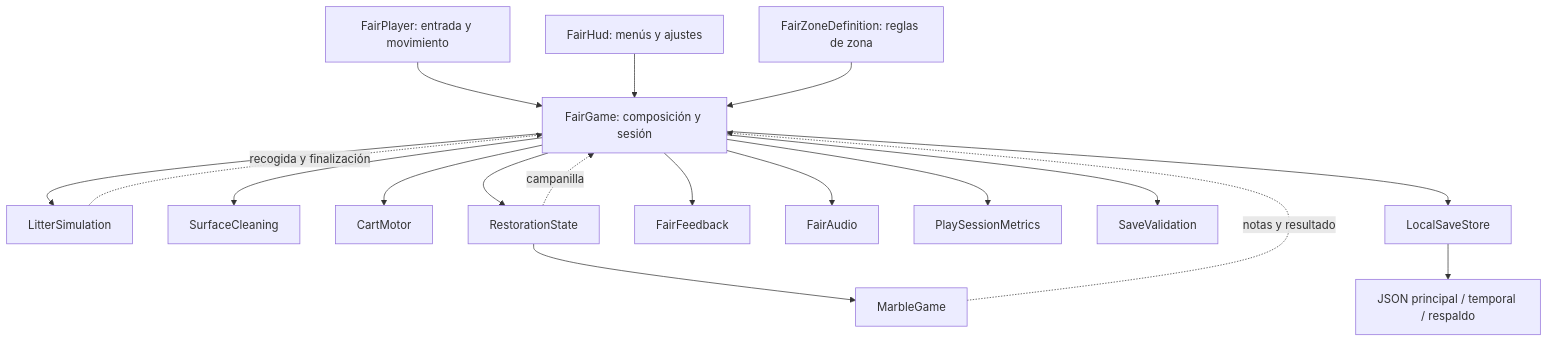
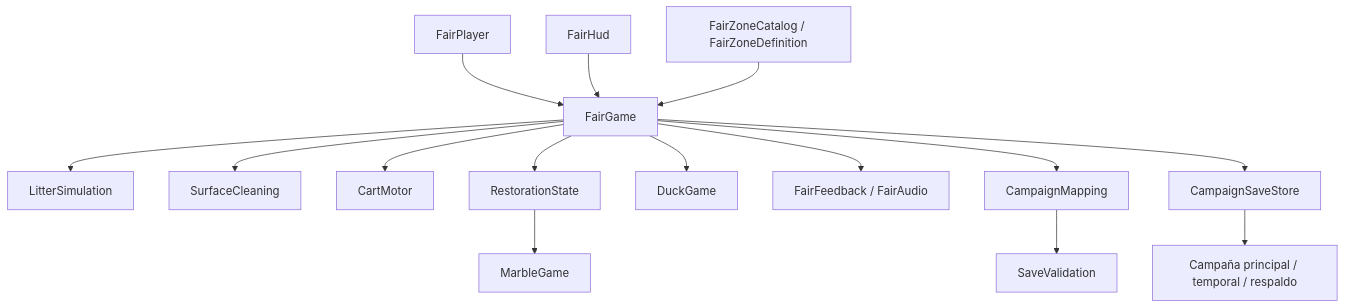
Before and after one commit to MarcoAntonioDamianOrtiz/DespuesDeLaFeria-Unity: the diagram in docs/ARQUITECTURA.md, drawn with Mermaid. The commit also changed other lines of this file and 72 other files, not shown here.

Commit message:
Añade la poza de patitos y campaña local de dos puestos v0.5

````diff
--- a/docs/ARQUITECTURA.md
+++ b/docs/ARQUITECTURA.md
@@ -15,20 +9,17 @@
 ```mermaid
 flowchart TD
-    Input[FairPlayer: entrada y movimiento] --> App[FairGame: composición y sesión]
-    HUD[FairHud: menús y ajustes] --> App
-    Rules[FairZoneDefinition: reglas de zona] --> App
-    App --> Floor[LitterSimulation]
-    App --> Surface[SurfaceCleaning]
-    App --> Cart[CartMotor]
-    App --> World[RestorationState]
-    World --> Toy[MarbleGame]
-    Toy -. notas y resultado .-> App
-    App --> Feedback[FairFeedback]
-    App --> Sound[FairAudio]
-    App --> Metrics[PlaySessionMetrics]
-    App --> Validate[SaveValidation]
-    App --> Disk[LocalSaveStore]
-    Disk --> Files[JSON principal / temporal / respaldo]
-    Floor -. recogida y finalización .-> App
-    World -. campanilla .-> App
+    Input[FairPlayer] --> Game[FairGame]
+    UI[FairHud] --> Game
+    Catalog[FairZoneCatalog / FairZoneDefinition] --> Game
+    Game --> Floor[LitterSimulation]
+    Game --> Surface[SurfaceCleaning]
+    Game --> Cart[CartMotor]
+    Game --> Restore[RestorationState]
+    Restore --> Marble[MarbleGame]
+    Game --> Ducks[DuckGame]
+    Game --> Feedback[FairFeedback / FairAudio]
+    Game --> Map[CampaignMapping]
+    Map --> Validation[SaveValidation]
+    Game --> Store[CampaignSaveStore]
+    Store --> JSON[Campaña principal / temporal / respaldo]
 ```
````
